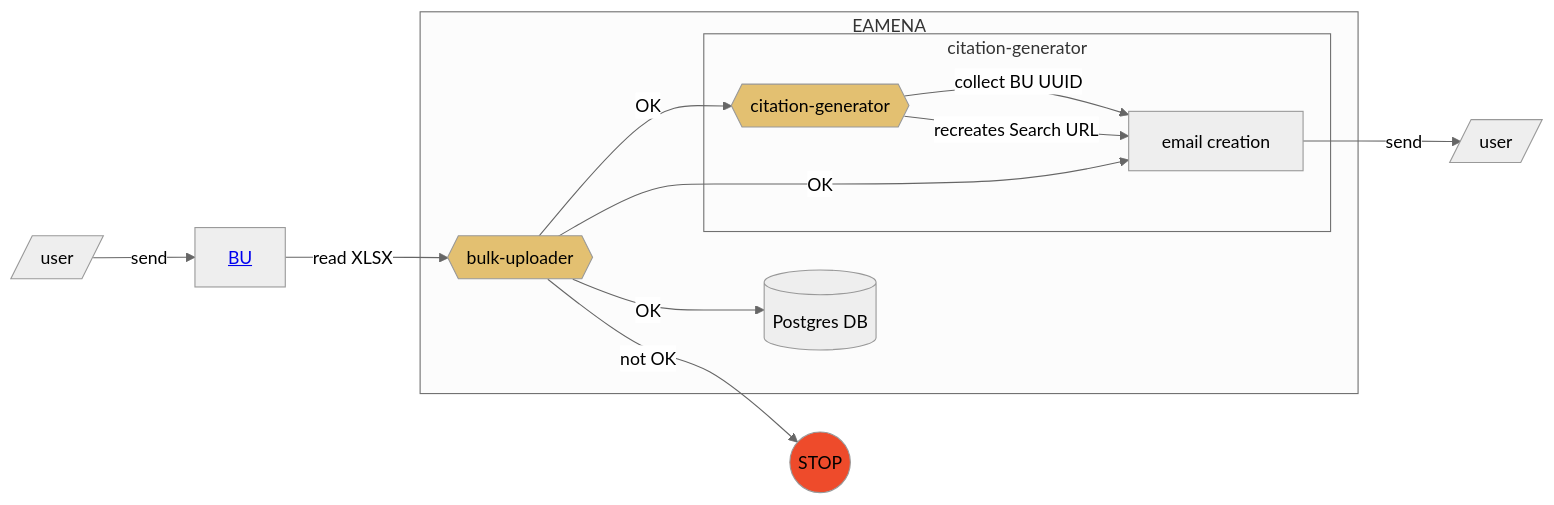
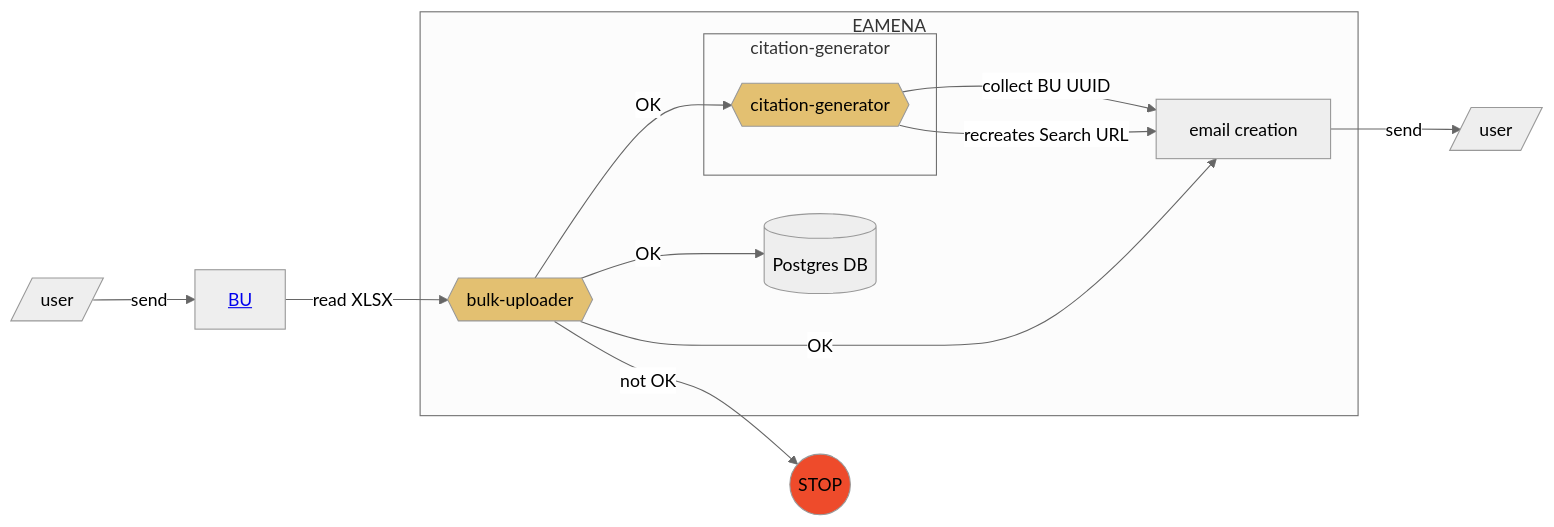
The first of 2 diagrams in data/bibref/README.md (eamena-project/eamena-arches-dev), drawn with Mermaid (neutral theme) before and after one commit.

Commit message:
citation README

````diff
--- a/data/bibref/README.md
+++ b/data/bibref/README.md
@@ -9,18 +9,19 @@
 ```mermaid
 flowchart LR
 	U[/user/] -- send --> A[<a href='https://github.com/eamena-project/eamena-arches-dev/blob/main/dbs/database.eamena/docs/notes/Arches%207%20Upgrade.md#splitchunk'>BU</a>]
 	A --read XLSX--> B{{bulk-uploader}}:::eamenaFunc;
 	subgraph EAMENA
 	B -- OK --> C[(Postgres DB)];
 	B -- OK --> E{{citation-generator}}:::eamenaFunc;
 		subgraph citation-generator
+		E
+		end
 		E -- collect BU UUID --> H[email creation];
 		E -- recreates Search URL --> H;
-		end
 	end
 	B -- OK --> H
 	H -- send --> I[/user/];
 	B -- not OK --> D((STOP)):::stop;
 	classDef eamenaFunc fill:#e3c071;
 	classDef stop fill:#EE4B2B;
 ```
````
